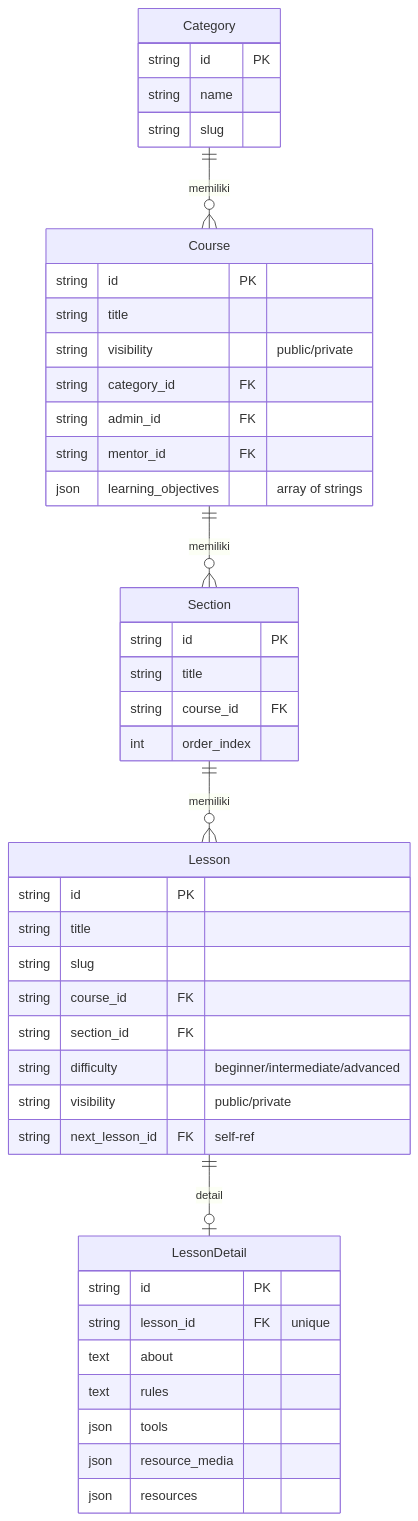
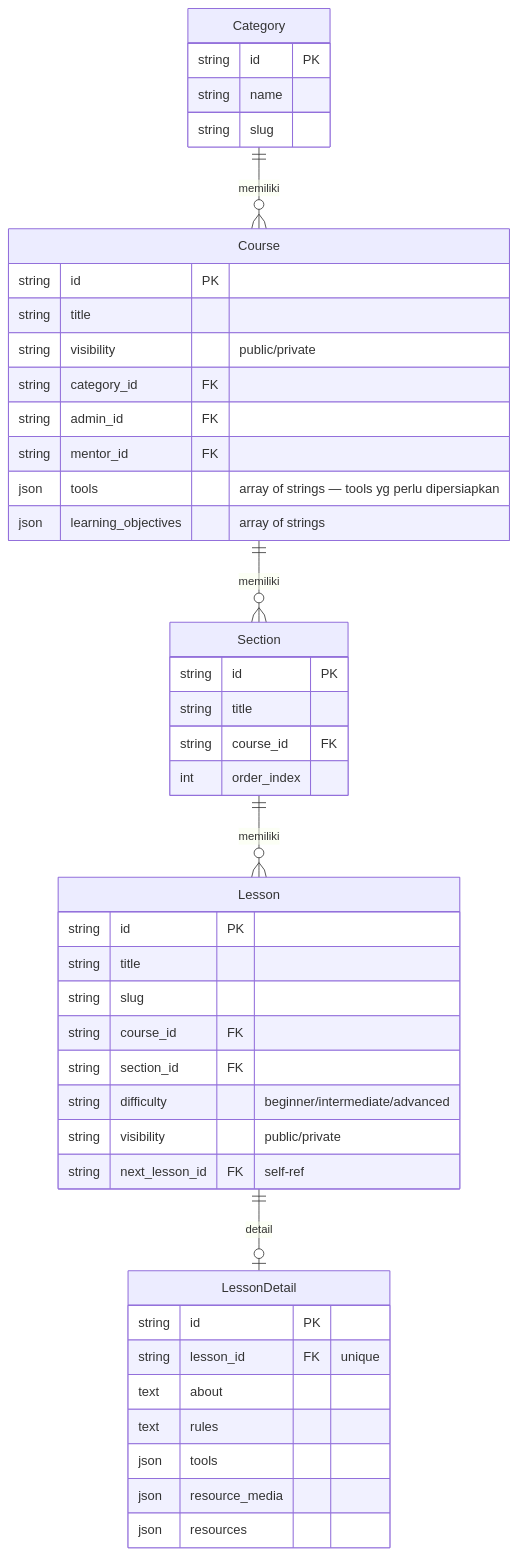
One commit to mohagussetiaone/jvalleyverse-go changed the first of 5 diagrams in FLOW.md. Above: the diagram before and after it, drawn with Mermaid. The commit also changed other lines of this file and 21 other files, not shown here.

````diff
--- a/FLOW.md
+++ b/FLOW.md
@@ -39,47 +39,48 @@
 ```mermaid
 erDiagram
     Category ||--o{ Course : "memiliki"
     Course ||--o{ Section : "memiliki"
     Section ||--o{ Lesson : "memiliki"
     Lesson ||--o| LessonDetail : "detail"
 
     Category {
         string id PK
         string name
         string slug
     }
     Course {
         string id PK
         string title
         string visibility "public/private"
         string category_id FK
         string admin_id FK
         string mentor_id FK
+        json tools "array of strings — tools yg perlu dipersiapkan"
         json learning_objectives "array of strings"
     }
     Section {
         string id PK
         string title
         string course_id FK
         int order_index
     }
     Lesson {
         string id PK
         string title
         string slug
         string course_id FK
         string section_id FK
         string difficulty "beginner/intermediate/advanced"
         string visibility "public/private"
         string next_lesson_id FK "self-ref"
     }
     LessonDetail {
         string id PK
         string lesson_id FK "unique"
         text about
         text rules
         json tools
         json resource_media
         json resources
     }
 ```
````
